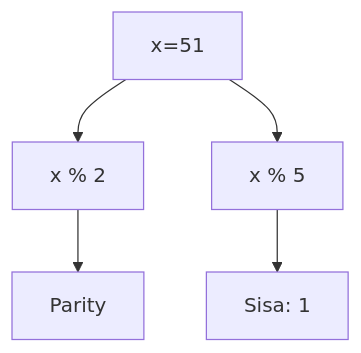
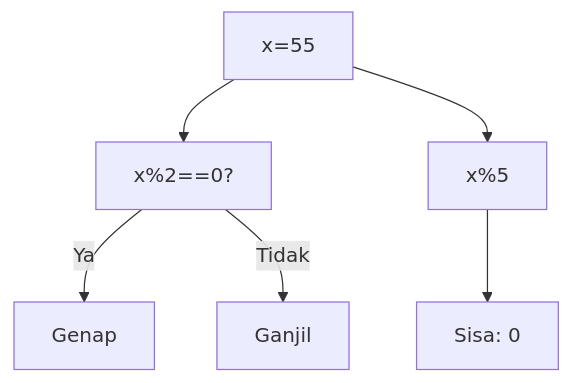
One commit to amnahwaida/OSNK_INF_PREP changed the sixth of 25 diagrams in part-c-pemahaman-cpp/05-rekursi/latihan/set-08.md. Above: the diagram before and after it, drawn with Mermaid. The commit also changed other lines of this file and 71 other files, not shown here.

Commit message:
Fixed Mermaid syntax lexical errors with quoted labels in 1,800 questions

````diff
--- a/part-c-pemahaman-cpp/05-rekursi/latihan/set-08.md
+++ b/part-c-pemahaman-cpp/05-rekursi/latihan/set-08.md
@@ -294,7 +172,8 @@
 ```mermaid
 graph TD
-A[x=51] --> B[x % 2]
-B --> C[Parity]
-A --> D[x % 5]
-D --> E[Sisa: 1]
+A["x=55"] --> B["x%2==0?"]
+B -- Ya --> C["Genap"]
+B -- Tidak --> D["Ganjil"]
+A --> E["x%5"]
+E --> F["Sisa: 0"]
 ```
````
